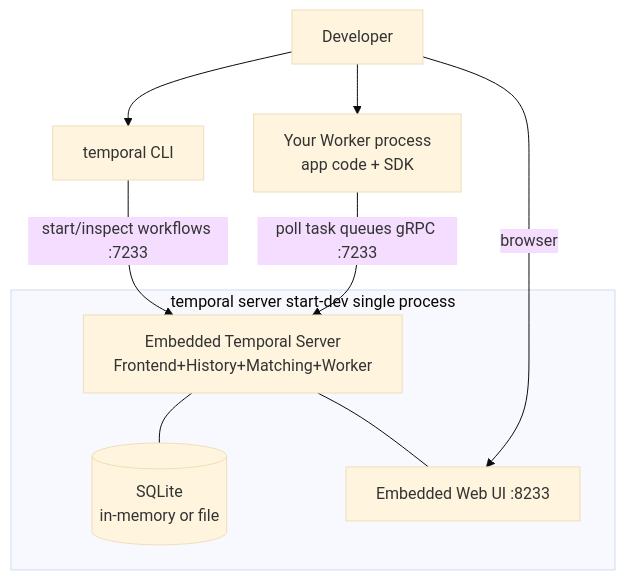
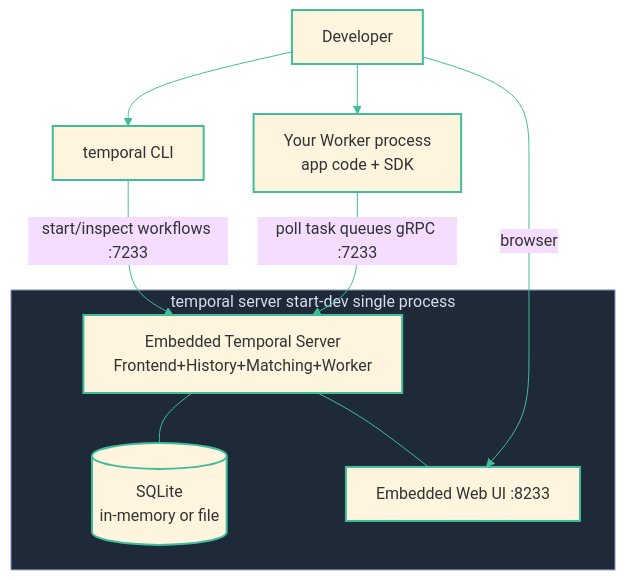
The diagram in slides/01-dx/05-local-temporal.md (diagrid-labs/durable-execution-battle), drawn with Mermaid (base theme) before and after one commit. The commit also changed 51 other files, not shown here.

````diff
--- a/slides/01-dx/05-local-temporal.md
+++ b/slides/01-dx/05-local-temporal.md
@@ -10,18 +10,21 @@
 ```mermaid
 graph TD
   Dev[Developer]
   CLI[temporal CLI]
   subgraph DevServer[temporal server start-dev single process]
     SRV["Embedded Temporal Server<br/>Frontend+History+Matching+Worker"]
     DB[("SQLite<br/>in-memory or file")]
     UI[Embedded Web UI :8233]
     SRV --- DB
     SRV --- UI
   end
   Worker["Your Worker process<br/>app code + SDK"]
   CLI -->|start/inspect workflows :7233| SRV
   Worker -->|poll task queues gRPC :7233| SRV
   Dev --> CLI
   Dev --> Worker
   Dev -->|browser| UI
+  classDef default stroke:#41bd9b,stroke-width:2px
+  linkStyle default stroke:#41bd9b,stroke-width:1px
+  style DevServer fill:#1e2a38,stroke:#7c93c7,stroke-width:1px,color:#d6def0
 ```
````
